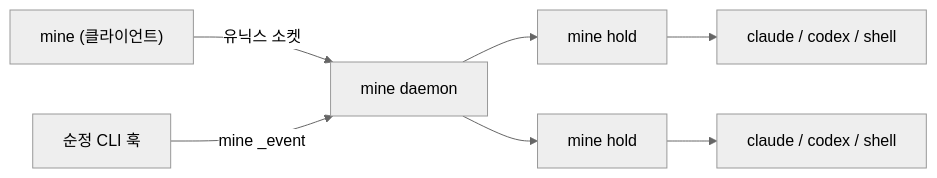
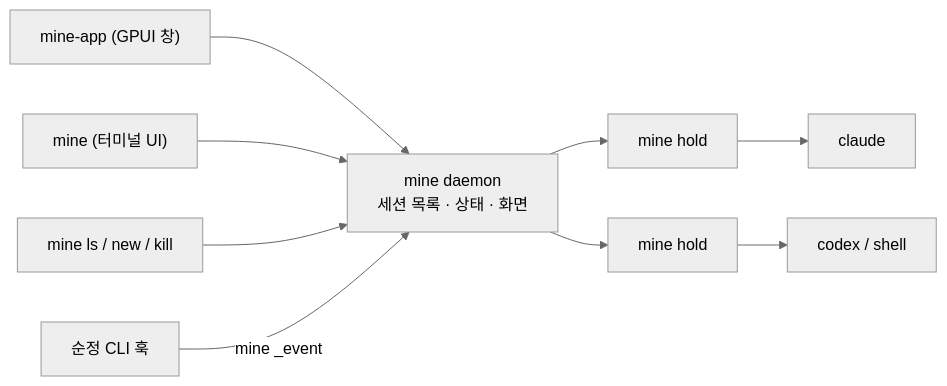
Before and after one commit to oyobbeb/mine: the diagram in README.md, drawn with Mermaid (neutral theme). The commit also changed other lines of this file and 1 other file, not shown here.

````diff
--- a/README.md
+++ b/README.md
@@ -11,7 +211,9 @@
 ```mermaid
 flowchart LR
-    Client["mine (클라이언트)"] -->|"유닉스 소켓"| Daemon["mine daemon"]
-    Daemon --> H1["mine hold"] --> S1["claude / codex / shell"]
-    Daemon --> H2["mine hold"] --> S2["claude / codex / shell"]
+    App["mine-app (GPUI 창)"] --> Daemon
+    TUI["mine (터미널 UI)"] --> Daemon
+    CLI["mine ls / new / kill"] --> Daemon
+    Daemon["mine daemon<br/>세션 목록 · 상태 · 화면"] --> H1["mine hold"] --> S1["claude"]
+    Daemon --> H2["mine hold"] --> S2["codex / shell"]
     Hook["순정 CLI 훅"] -->|"mine _event"| Daemon
 ```
````
